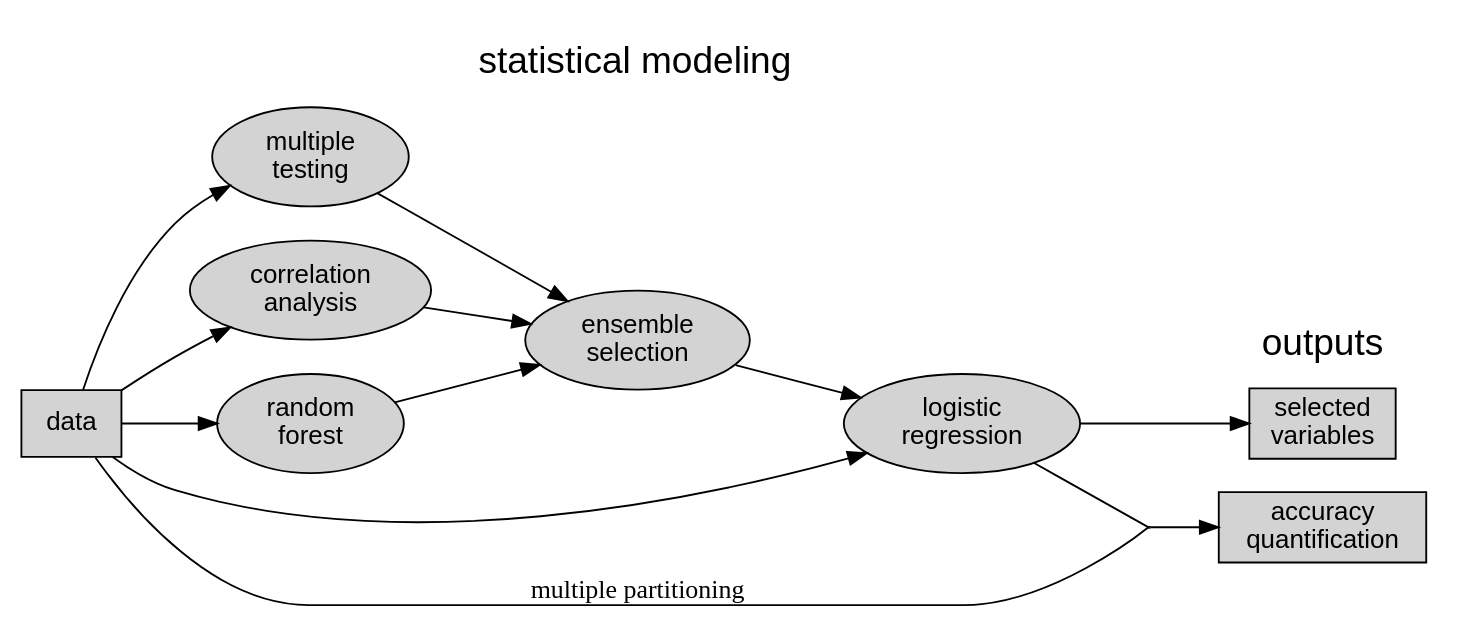
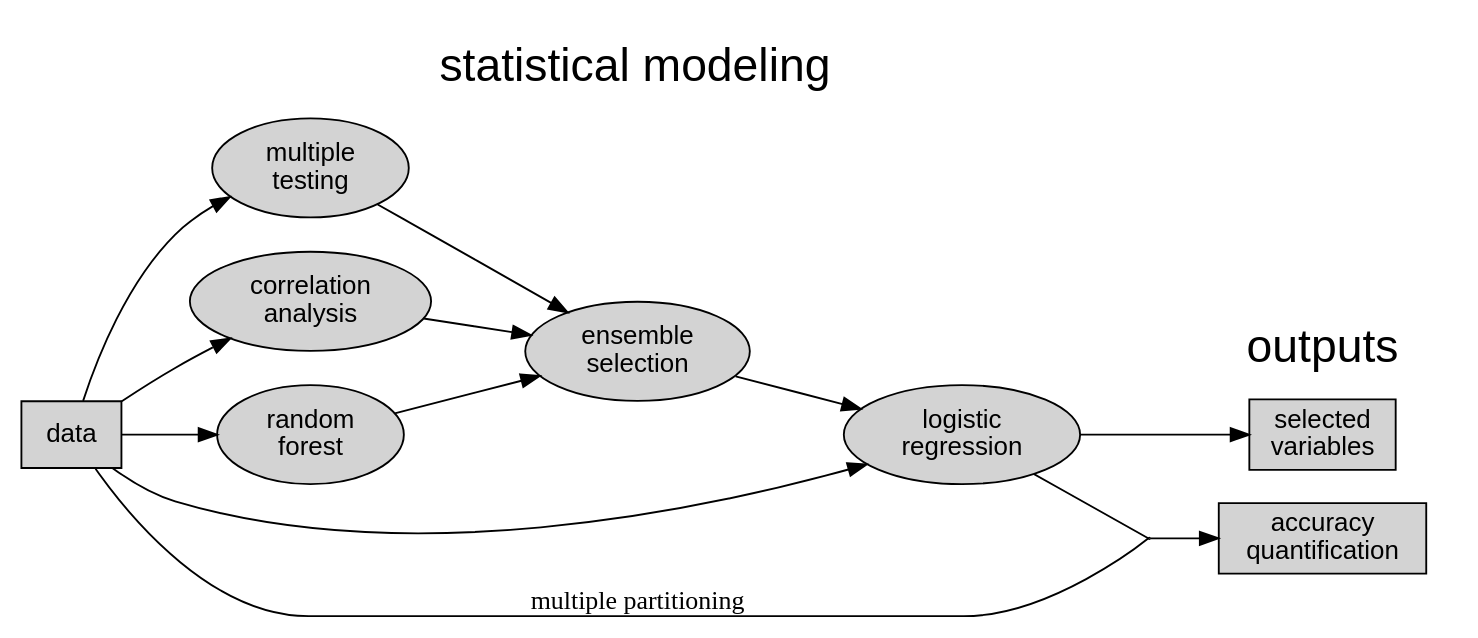
The first of 2 diagrams in materials/slides/week4-lasso.qmd (Capstone-24-25/Class-content), drawn with Graphviz before and after one commit. The commit also changed other lines of this file and 61 other files, not shown here.

````diff
--- a/materials/slides/week4-lasso.qmd
+++ b/materials/slides/week4-lasso.qmd
@@ -40,46 +40,46 @@
-```{dot}
+```{dot, , fig.width=20, fig.height=20, out.width="100%"}
 digraph G {
-    size="15,15";  // Adjust the size as needed
+    size="25,25";  // Adjust the size as needed
     layout = dot
     rankdir = LR
     fontname = "sans-serif"
-    fontsize = "20pt"
+    fontsize = "25pt"
     
     node [style = filled, 
             fillcolor = lightgrey, 
             shape = rect, 
             fontname = "sans-serif"]
     
     data
 
     subgraph cluster1{
         node [shape = "ellipse"]
     selec [label = "ensemble \n selection"]
     fit [label = "logistic \n regression"]
     s1 [label = "multiple \n testing"]
     s2 [label = "correlation \n analysis"]
     s3 [label = "random \n forest"]
     
     {s1 s2 s3} -> selec
     color = "white"
     label = "statistical modeling"
     }
     
     subgraph cluster2{
     sel [label = "selected \n variables"]
     pred [label = "accuracy \n quantification"]
     label = "outputs"
     color = "white"
     }
     
     join [shape=point,width=0.01,height=0.01]
     
     data -> {s1 s2 s3}
     {data selec} -> fit
     fit -> sel
     fit -> join [dir = "none"]
     data -> join [dir = "none" label = "multiple partitioning"]
     join -> pred
 
 }
 ```
````
